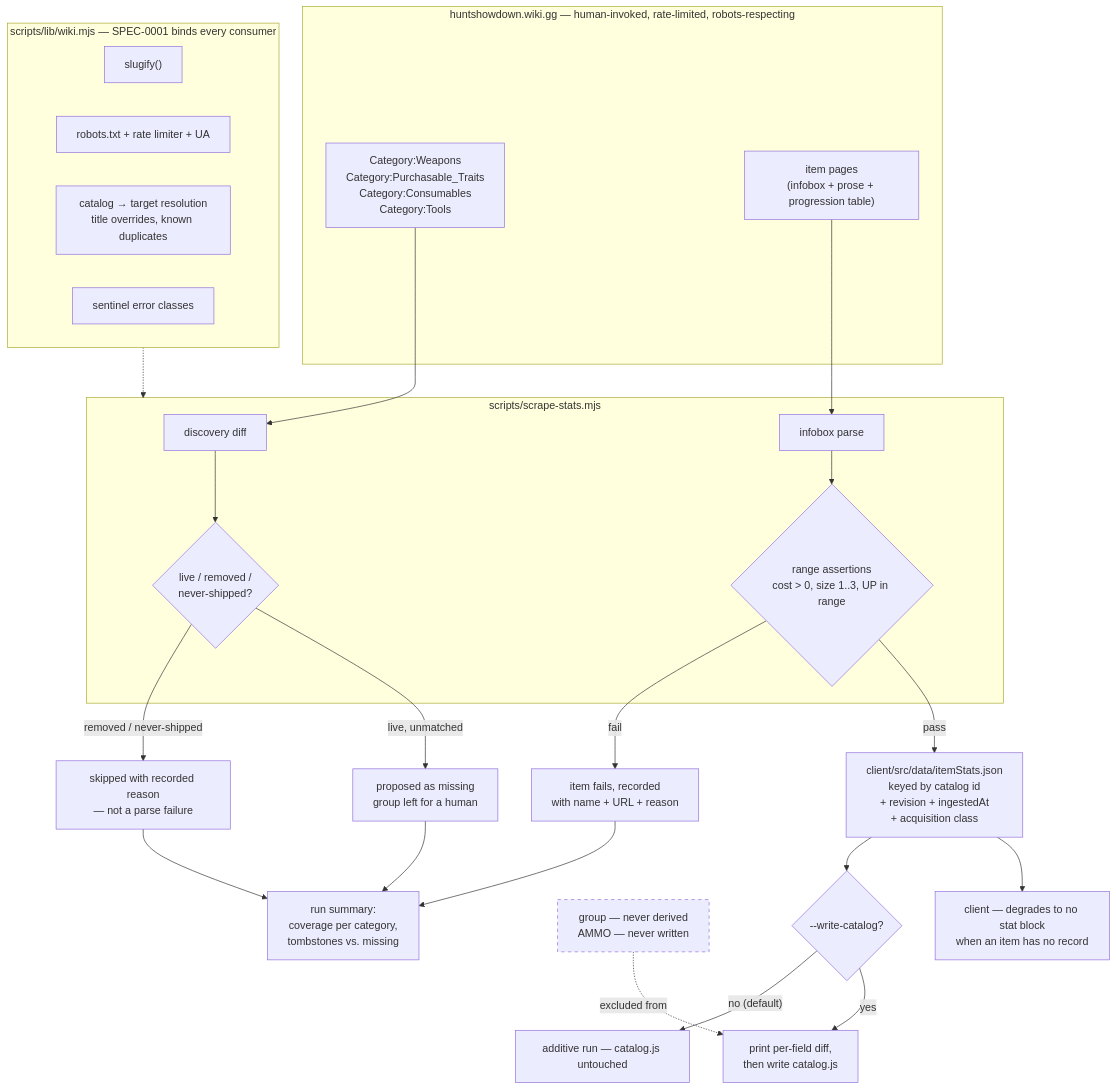
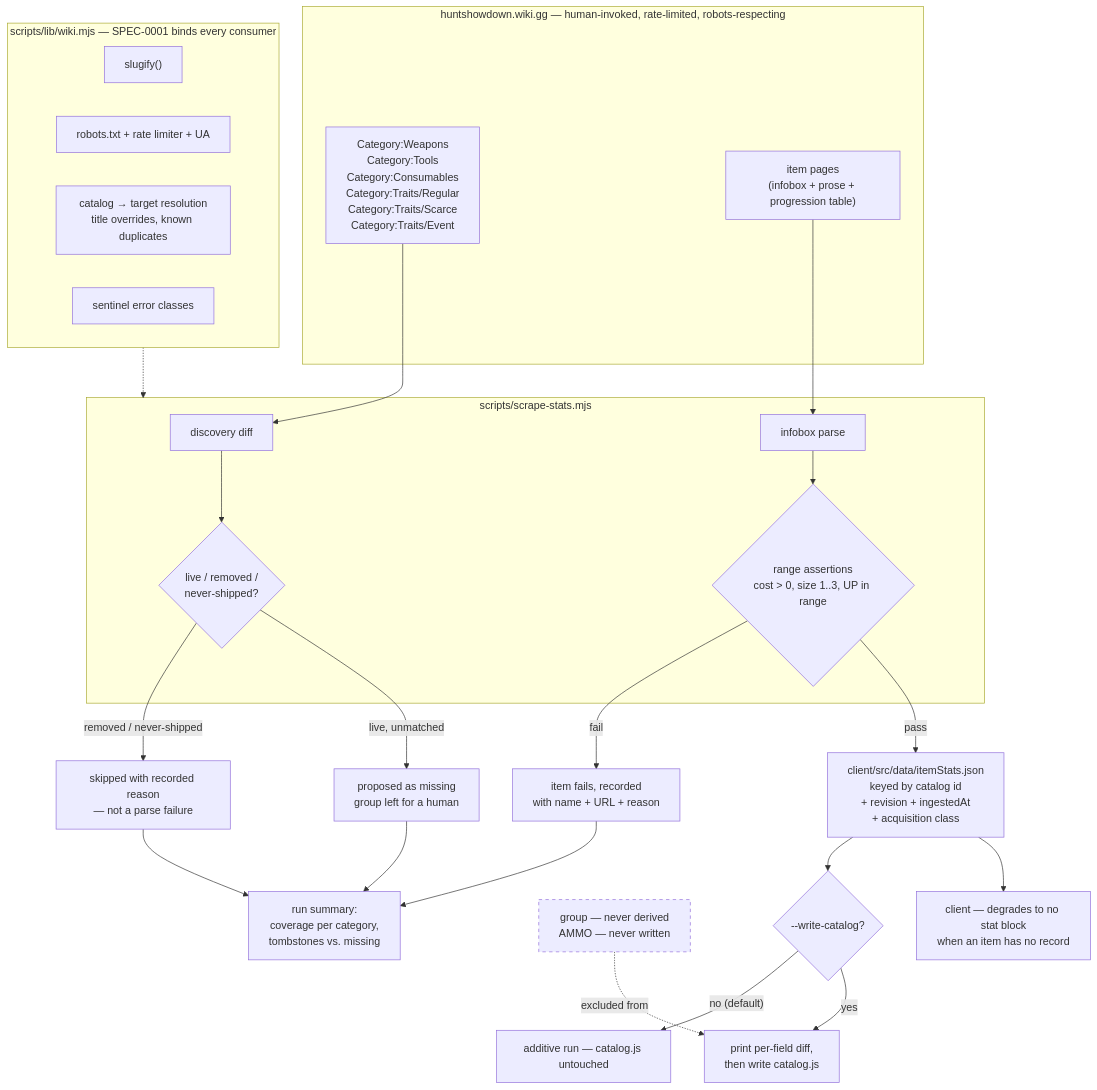
The diagram in docs/openspec/specs/equipment-catalog-dataset/design.md (jonstump/the-outfitter), drawn with Mermaid before and after one commit. The commit also changed other lines of this file and 4 other files, not shown here.

````diff
--- a/docs/openspec/specs/equipment-catalog-dataset/design.md
+++ b/docs/openspec/specs/equipment-catalog-dataset/design.md
@@ -89,47 +109,47 @@
 ```mermaid
 flowchart TD
     subgraph wiki["huntshowdown.wiki.gg — human-invoked, rate-limited, robots-respecting"]
-        CAT["Category:Weapons<br/>Category:Purchasable_Traits<br/>Category:Consumables<br/>Category:Tools"]
+        CAT["Category:Weapons<br/>Category:Tools<br/>Category:Consumables<br/>Category:Traits/Regular<br/>Category:Traits/Scarce<br/>Category:Traits/Event"]
         PAGE["item pages<br/>(infobox + prose + progression table)"]
     end
 
     subgraph shared["scripts/lib/wiki.mjs — SPEC-0001 binds every consumer"]
         SLUG["slugify()"]
         ROBOTS["robots.txt + rate limiter + UA"]
         RESOLVE["catalog → target resolution<br/>title overrides, known duplicates"]
         ERRS["sentinel error classes"]
     end
 
     subgraph stats["scripts/scrape-stats.mjs"]
         DISCOVER["discovery diff"]
         CLASSIFY{"live / removed /<br/>never-shipped?"}
         PARSE["infobox parse"]
         RANGE{"range assertions<br/>cost > 0, size 1..3, UP in range"}
     end
 
     CAT --> DISCOVER
     PAGE --> PARSE
     shared -.-> stats
 
     DISCOVER --> CLASSIFY
     CLASSIFY -->|"removed / never-shipped"| SKIP["skipped with recorded reason<br/>— not a parse failure"]
     CLASSIFY -->|"live, unmatched"| REPORT["proposed as missing<br/>group left for a human"]
 
     PARSE --> RANGE
     RANGE -->|fail| FAILED["item fails, recorded<br/>with name + URL + reason"]
     RANGE -->|pass| JSON["client/src/data/itemStats.json<br/>keyed by catalog id<br/>+ revision + ingestedAt<br/>+ acquisition class"]
 
     JSON --> GATE{"--write-catalog?"}
     GATE -->|"no (default)"| DONE["additive run — catalog.js untouched"]
     GATE -->|yes| DIFF["print per-field diff,<br/>then write catalog.js"]
 
     NEVER["group — never derived<br/>AMMO — never written"]:::forbidden
     NEVER -.->|excluded from| DIFF
 
     JSON --> APP["client — degrades to no stat block<br/>when an item has no record"]
     SKIP --> SUMMARY["run summary:<br/>coverage per category,<br/>tombstones vs. missing"]
     REPORT --> SUMMARY
     FAILED --> SUMMARY
 
     classDef forbidden stroke-dasharray: 5 5
 ```
````
